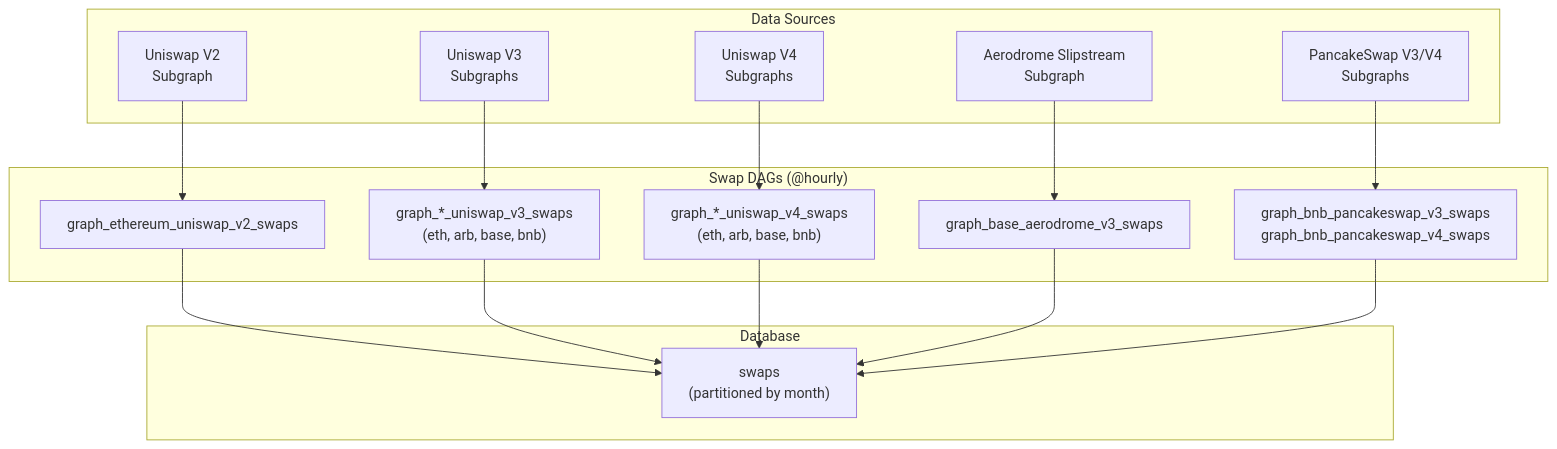
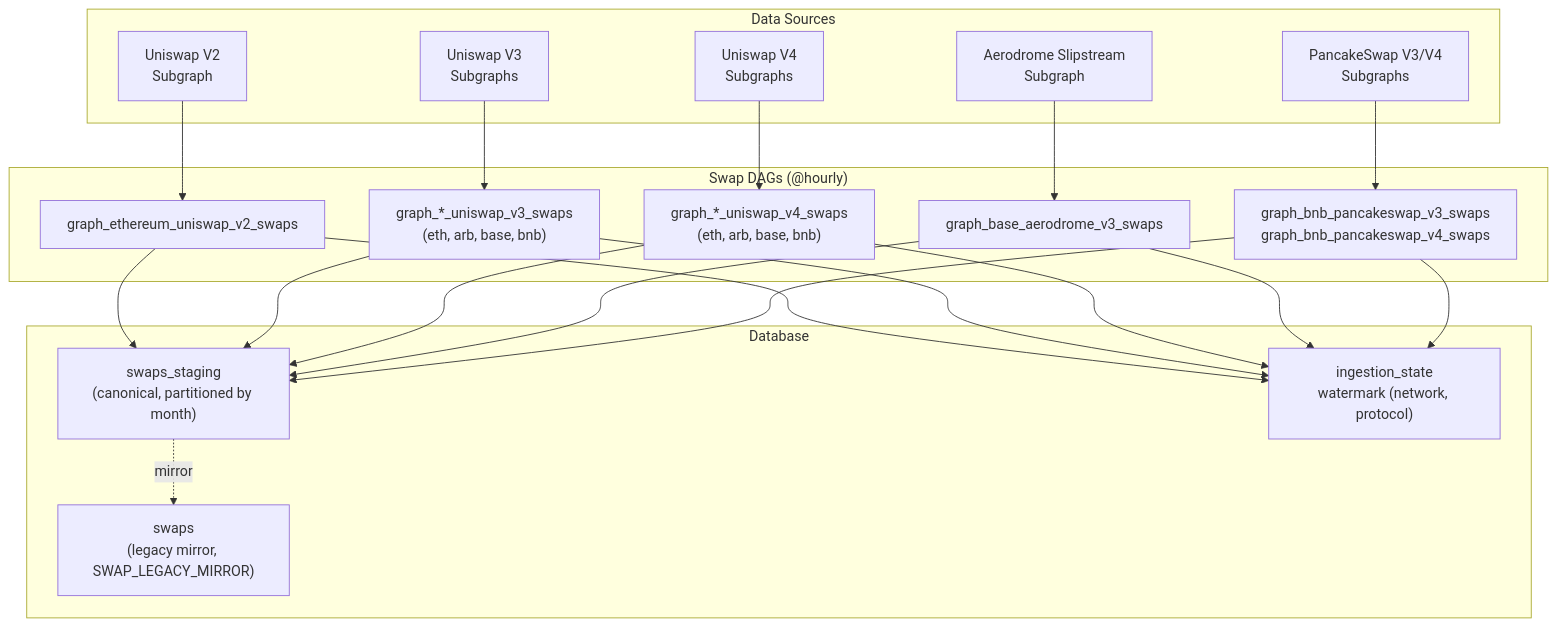
Before and after one commit to bekisz/chaintelligence: the third of 7 diagrams in chain-feeder/docs/DAGS.md, drawn with Mermaid. The commit also changed other lines of this file and 2 other files, not shown here.

First line of the commit message:
docs: update architecture docs for the declarative O&D control plane

````diff
--- a/chain-feeder/docs/DAGS.md
+++ b/chain-feeder/docs/DAGS.md
@@ -172,34 +174,42 @@
 ```mermaid
 graph TD
     subgraph Sources["Data Sources"]
         V2_SUB["Uniswap V2<br/>Subgraph"]
         V3_SUB["Uniswap V3<br/>Subgraphs"]
         V4_SUB["Uniswap V4<br/>Subgraphs"]
         AERO_SUB["Aerodrome Slipstream<br/>Subgraph"]
         PCS_SUB["PancakeSwap V3/V4<br/>Subgraphs"]
     end
 
     subgraph DAGs["Swap DAGs (@hourly)"]
         V2["graph_ethereum_uniswap_v2_swaps"]
         V3["graph_*_uniswap_v3_swaps<br/>(eth, arb, base, bnb)"]
         V4["graph_*_uniswap_v4_swaps<br/>(eth, arb, base, bnb)"]
         AERO["graph_base_aerodrome_v3_swaps"]
         PCS["graph_bnb_pancakeswap_v3_swaps<br/>graph_bnb_pancakeswap_v4_swaps"]
     end
 
     V2_SUB --> V2
     V3_SUB --> V3
     V4_SUB --> V4
     AERO_SUB --> AERO
     PCS_SUB --> PCS
 
     subgraph Tables["Database"]
-        SWAPS["swaps<br/>(partitioned by month)"]
+        STAGING["swaps_staging<br/>(canonical, partitioned by month)"]
+        SWAPS["swaps<br/>(legacy mirror, SWAP_LEGACY_MIRROR)"]
+        IQ["ingestion_state<br/>watermark (network, protocol)"]
     end
 
-    V2 --> SWAPS
-    V3 --> SWAPS
-    V4 --> SWAPS
-    AERO --> SWAPS
-    PCS --> SWAPS
+    V2 --> STAGING
+    V3 --> STAGING
+    V4 --> STAGING
+    AERO --> STAGING
+    PCS --> STAGING
+    STAGING -.->|"mirror"| SWAPS
+    V2 --> IQ
+    V3 --> IQ
+    V4 --> IQ
+    AERO --> IQ
+    PCS --> IQ
 ```
````
